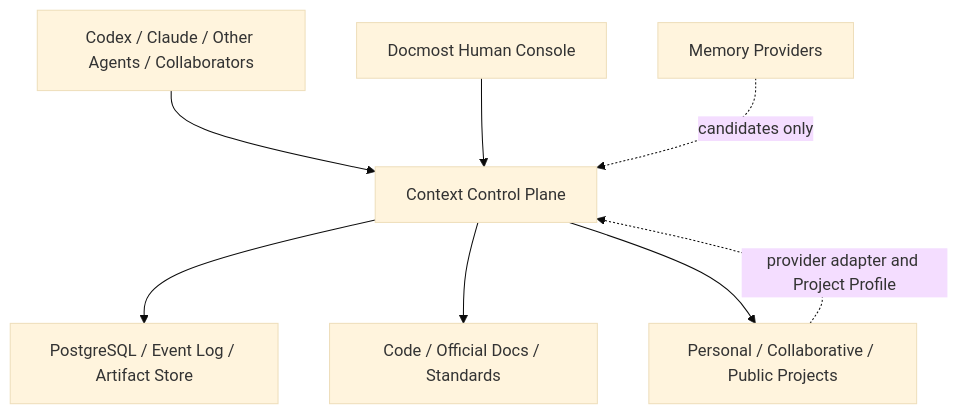
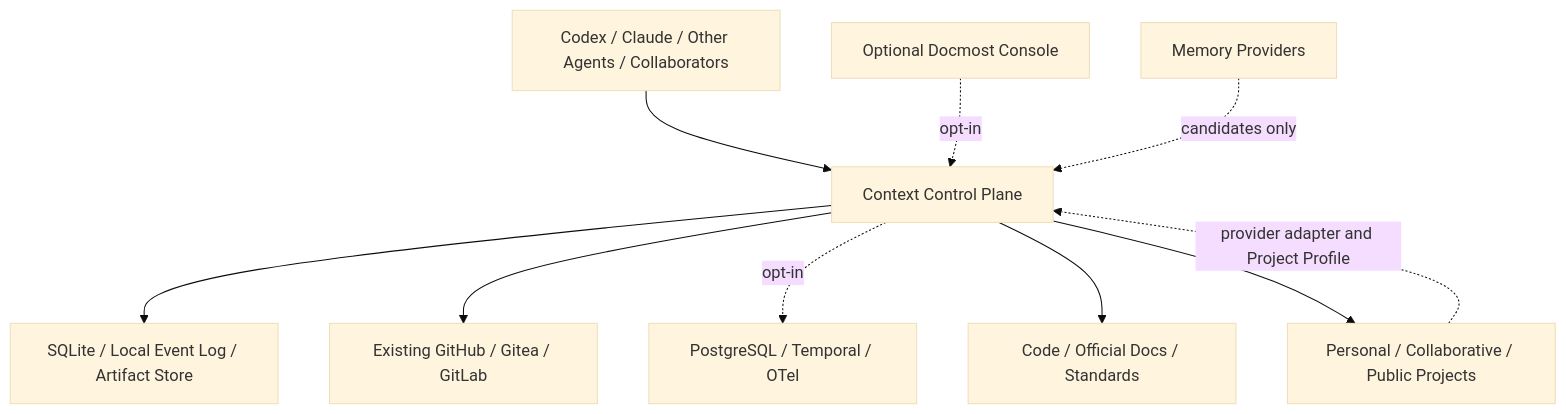
Before and after one commit to skyhua0224/continuity-plane: the diagram in docs/architecture/target-state.md, drawn with Mermaid (base theme). The commit also changed other lines of this file and 13 other files, not shown here.

````diff
--- a/docs/architecture/target-state.md
+++ b/docs/architecture/target-state.md
@@ -46,10 +60,12 @@
 ```mermaid
 flowchart TD
     Agents["Codex / Claude / Other Agents / Collaborators"] --> Control["Context Control Plane"]
-    Docmost["Docmost Human Console"] --> Control
-    Control --> State["PostgreSQL / Event Log / Artifact Store"]
+    Control --> Local["SQLite / Local Event Log / Artifact Store"]
+    Control --> Forge["Existing GitHub / Gitea / GitLab"]
+    Docmost["Optional Docmost Console"] -. opt-in .-> Control
+    Control -. opt-in .-> Shared["PostgreSQL / Temporal / OTel"]
     Control --> Retrieval["Code / Official Docs / Standards"]
     Control --> Projects["Personal / Collaborative / Public Projects"]
     Recall["Memory Providers"] -. candidates only .-> Control
     Projects -. provider adapter and Project Profile .-> Control
 ```
````
